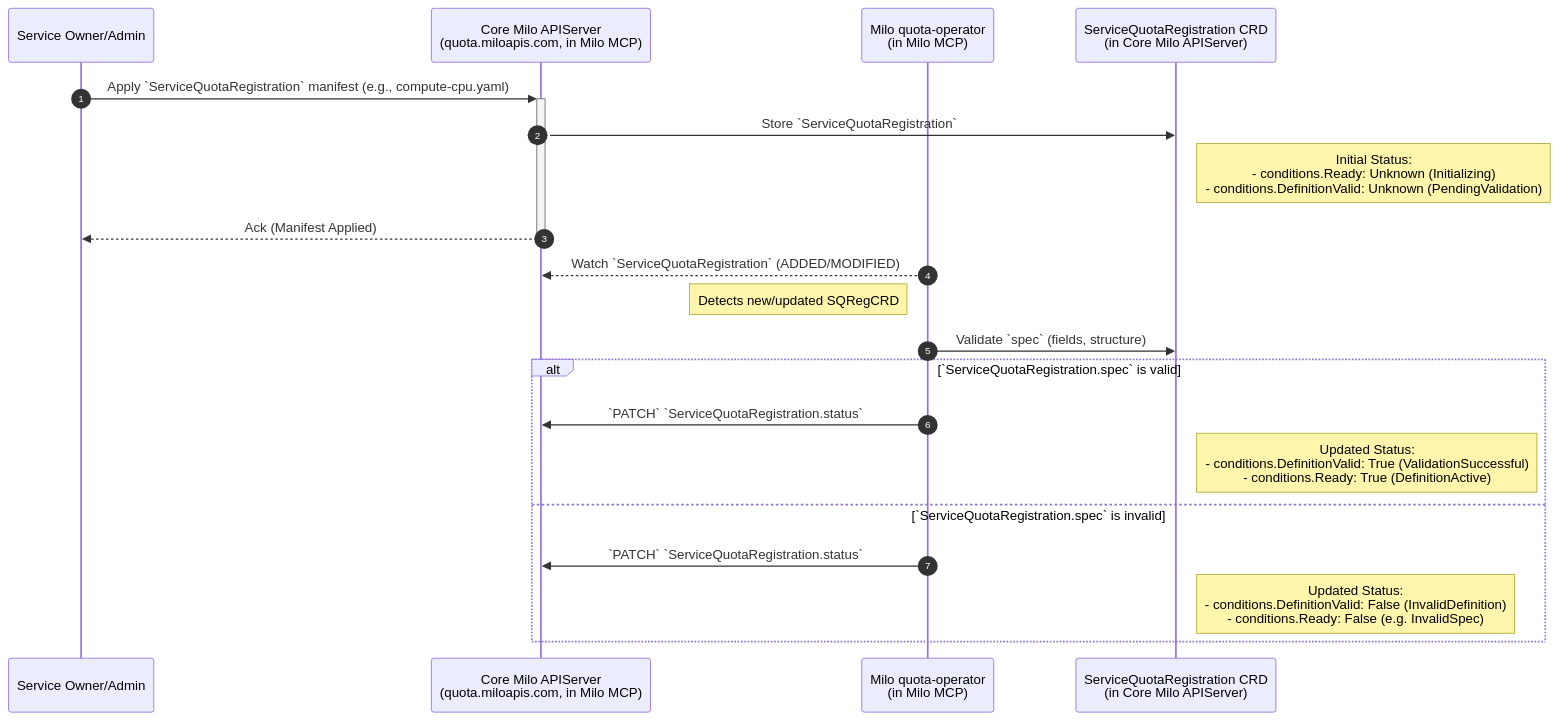
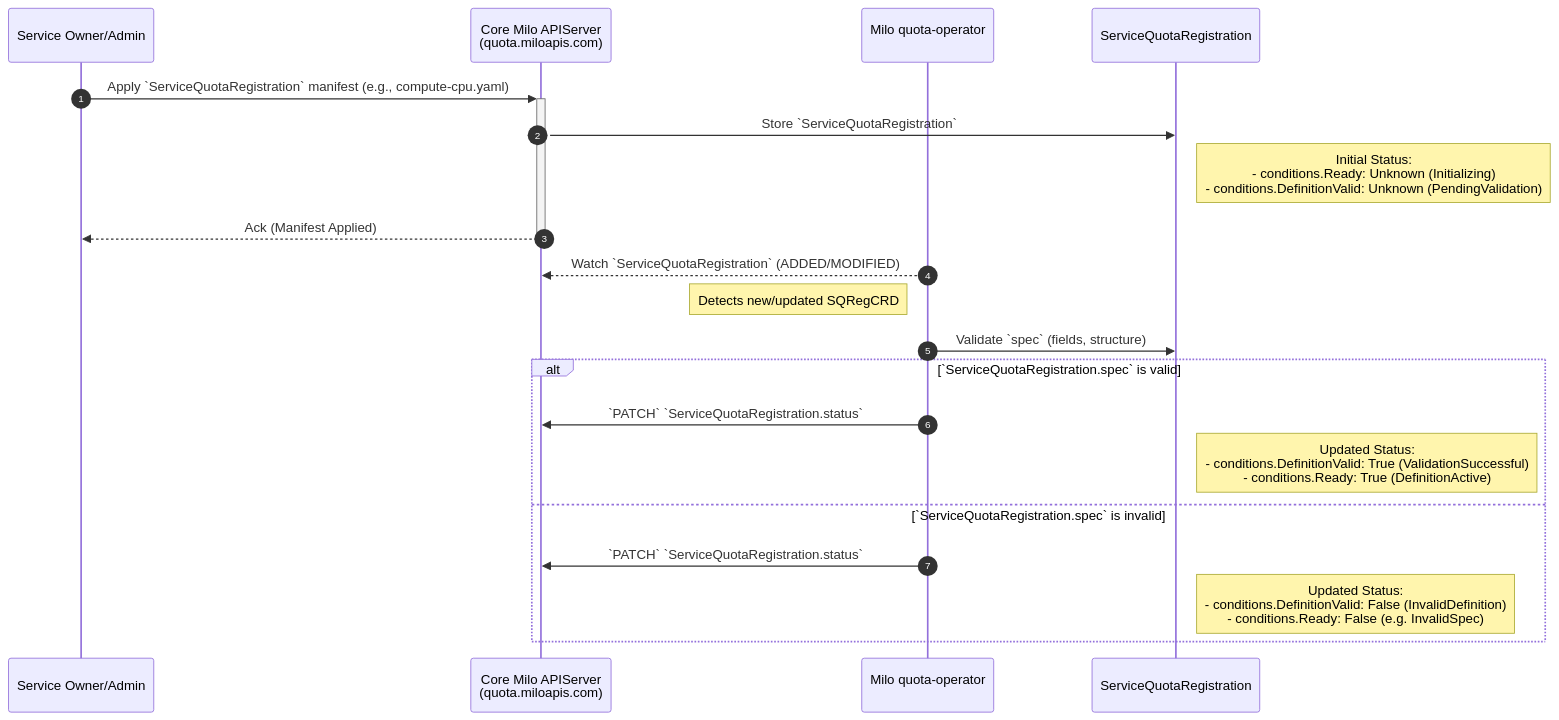
The third of 9 diagrams in enhancements/platform/quota-management/README.md (datum-cloud/enhancements), drawn with Mermaid before and after one commit. The commit also changed other lines of this file, not shown here.

Commit message:
enh(quota): removes MCP and PCP references

````diff
--- a/enhancements/platform/quota-management/README.md
+++ b/enhancements/platform/quota-management/README.md
@@ -1417,25 +1411,25 @@
 ```mermaid
 %% Sequence Diagram - Service Quota Definition Registration (Prerequisite)
 sequenceDiagram
     autonumber
     participant SvcOwner as Service Owner/Admin
-    participant MiloAPICore as Core Milo APIServer <br> (quota.miloapis.com, in Milo MCP)
-    participant MiloQuotaOp as Milo quota-operator <br> (in Milo MCP)
-    participant SQRegCRD as ServiceQuotaRegistration CRD <br> (in Core Milo APIServer)
+    participant MiloAPICore as Core Milo APIServer <br> (quota.miloapis.com)
+    participant MiloQuotaOp as Milo quota-operator <br>
+    participant SQRegCRD as ServiceQuotaRegistration
 
     SvcOwner->>+MiloAPICore: Apply `ServiceQuotaRegistration` manifest (e.g., compute-cpu.yaml)
     MiloAPICore->>SQRegCRD: Store `ServiceQuotaRegistration`
     note right of SQRegCRD: Initial Status: <br> - conditions.Ready: Unknown (Initializing) <br> - conditions.DefinitionValid: Unknown (PendingValidation)
     MiloAPICore-->>-SvcOwner: Ack (Manifest Applied)
 
     MiloQuotaOp-->>MiloAPICore: Watch `ServiceQuotaRegistration` (ADDED/MODIFIED)
     note left of MiloQuotaOp: Detects new/updated SQRegCRD
     MiloQuotaOp->>SQRegCRD: Validate `spec` (fields, structure)
     alt `ServiceQuotaRegistration.spec` is valid
         MiloQuotaOp->>MiloAPICore: `PATCH` `ServiceQuotaRegistration.status`
         note right of SQRegCRD: Updated Status: <br> - conditions.DefinitionValid: True (ValidationSuccessful) <br> - conditions.Ready: True (DefinitionActive)
     else `ServiceQuotaRegistration.spec` is invalid
         MiloQuotaOp->>MiloAPICore: `PATCH` `ServiceQuotaRegistration.status`
         note right of SQRegCRD: Updated Status: <br> - conditions.DefinitionValid: False (InvalidDefinition) <br> - conditions.Ready: False (e.g. InvalidSpec)
     end
 ```
````
